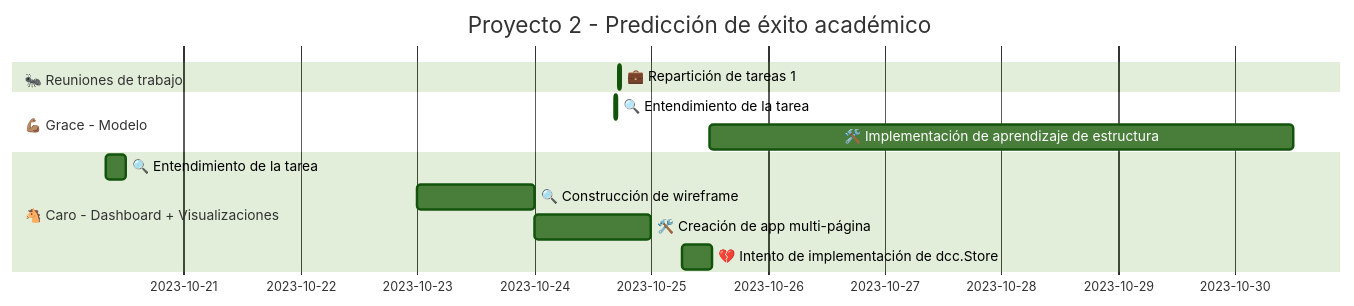
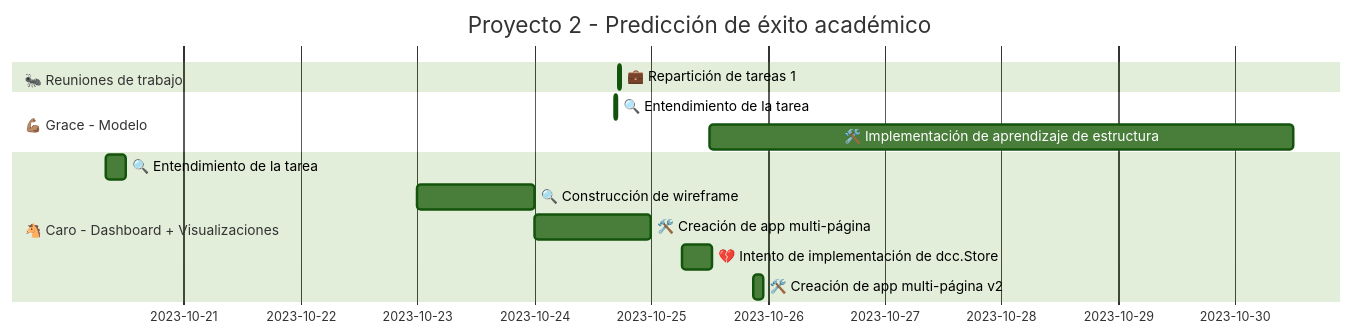
Before and after one commit to zcrodriguez/AC_IPP_P2: the diagram in README.md, drawn with Mermaid (forest theme). The commit also changed other lines of this file, not shown here.

````diff
--- a/README.md
+++ b/README.md
@@ -5,15 +5,16 @@
 ```mermaid
 gantt
     title Proyecto 2 - Predicción de éxito académico
     dateFormat  YYYY-MM-DD
     section 🐜 Reuniones de trabajo
     💼 Repartición de tareas 1:2023-10-24 17:21,30m
     section 💪🏽 Grace - Modelo
     🔍 Entendimiento de la tarea:2023-10-24 16:30,40m
     🛠️ Implementación de aprendizaje de estructura: 2023-10-25 12:00, 5d
     section 🐴 Caro - Dashboard + Visualizaciones
     🔍 Entendimiento de la tarea:2023-10-20 8:00,4h
     🔍 Construcción de wireframe:2023-10-23,1d
     🛠️ Creación de app multi-página:2023-10-24,1d
     💔 Intento de implementación de dcc.Store:2023-10-25 6:30, 6h
+    🛠️ Creación de app multi-página v2:2023-10-25 21:00, 2h
 ```
````
